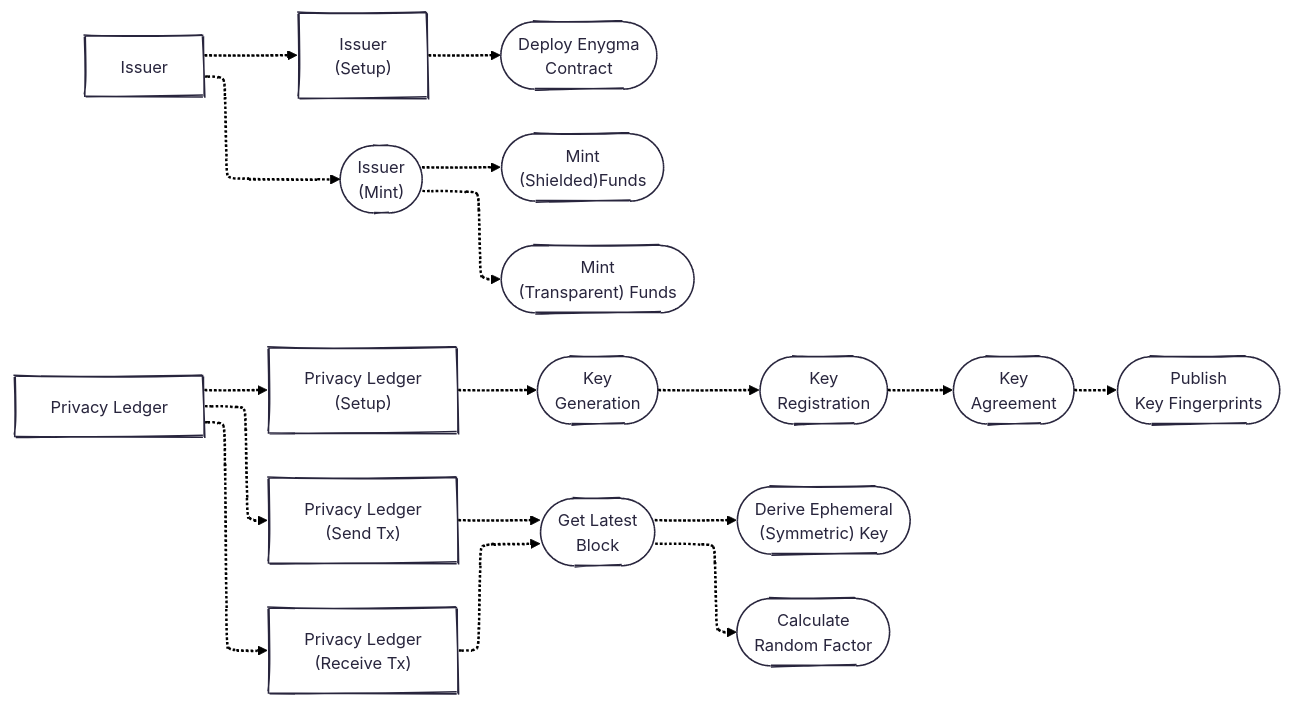
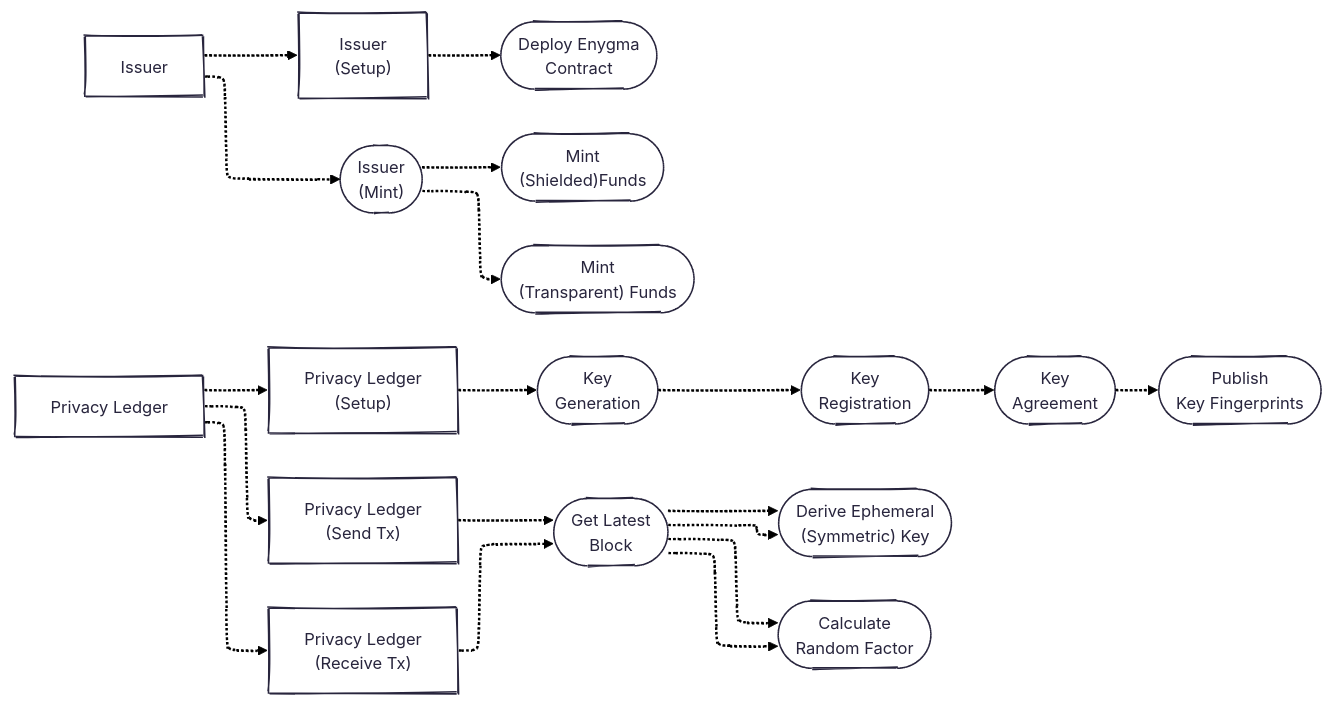
One commit to raylsnetwork/Enygma changed the second of 3 diagrams in enygma_payments/README.md. Above: the diagram before and after it, drawn with Mermaid.

Commit message:
Separate pl_send and pl_receive flow in README

````diff
--- a/enygma_payments/README.md
+++ b/enygma_payments/README.md
@@ -52,40 +52,41 @@
 ```mermaid
 ---
 config:
   theme: redux
   layout: elk
   look: handDrawn
 ---
 flowchart LR
     issuer["Issuer"]
     i_setup["Issuer<br>(Setup)"]
     deploy(["Deploy Enygma<br>Contract"])
 
     i_mint(["Issuer<br>(Mint)"])
     mint_shield(["Mint<br>(Shielded)Funds"])
     mint_transparent(["Mint<br>(Transparent) Funds"])
 
     pl["Privacy Ledger"]
     pl_setup["Privacy Ledger<br>(Setup)"]
     keygen(["Key<br>Generation"])
     register(["Key<br>Registration"])
     kem(["Key<br>Agreement"])
     publish(["Publish<br>Key Fingerprints"])
 
     pl_send["Privacy Ledger<br>(Send Tx)"]
     getblock(["Get Latest<br>Block"])
     derivekey(["Derive Ephemeral<br>(Symmetric) Key"])
     calcR(["Calculate<br>Random Factor"])
 
     pl_receive["Privacy Ledger<br>(Receive Tx)"]
 
 
     issuer -.-> i_setup & i_mint
     i_setup -.-> deploy
     i_mint -.-> mint_shield & mint_transparent
 
     pl -.-> pl_setup & pl_send & pl_receive
 
     pl_setup -.-> keygen -.-> register -.-> kem -.-> publish
-    pl_send & pl_receive -.-> getblock -.-> derivekey & calcR
+    pl_send -.-> getblock -.-> derivekey & calcR
+    pl_receive -.-> getblock -.-> derivekey & calcR
 ```
````
